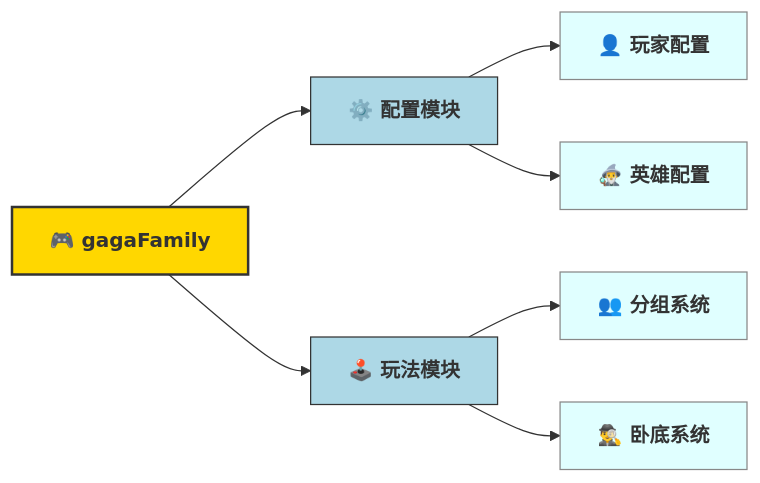
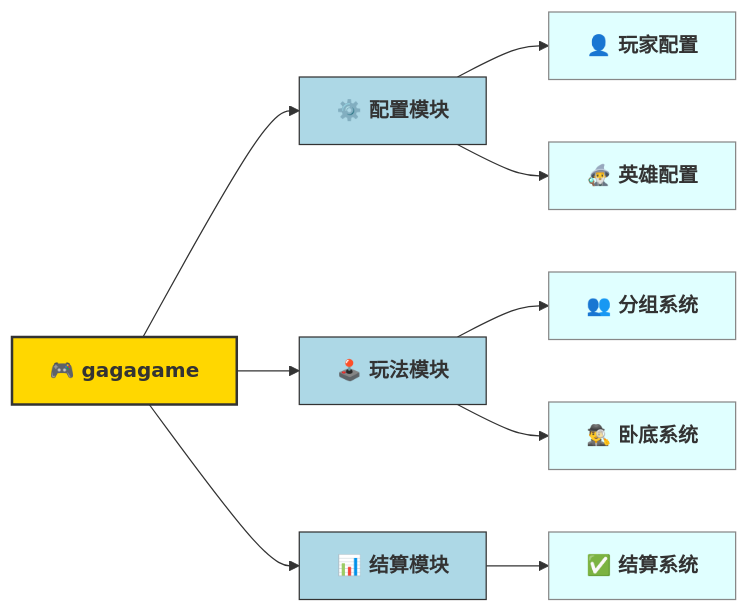
One commit to dawa1da/gagaFamily changed the diagram in README.md. Above: the diagram before and after it, drawn with Mermaid.

Commit message:
update user configurations with new weights and disabled players, adjust group logic for enabled user validation, refine README with mermaid graph, and minor gameplay enhancements

````diff
--- a/README.md
+++ b/README.md
@@ -21,30 +21,35 @@
 ```mermaid
 graph LR
   %% 样式设定
   classDef root fill:#FFD700,stroke:#333,stroke-width:2px,font-weight:bold
   classDef module fill:#ADD8E6,stroke:#333,stroke-width:1px
   classDef submodule fill:#E0FFFF,stroke:#888,stroke-width:1px
 
   %% 主模块
-  gagaFamily[🎮 gagaFamily]:::root
+  gagagame[🎮 gagagame]:::root
 
   %% 一级模块
   配置模块[⚙️ 配置模块]:::module
   玩法模块[🕹️ 玩法模块]:::module
+  结算模块[📊 结算模块]:::module
 
   %% 二级模块
   玩家配置[👤 玩家配置]:::submodule
   英雄配置[🧙‍♂️ 英雄配置]:::submodule
   分组系统[👥 分组系统]:::submodule
   卧底系统[🕵️‍♂️ 卧底系统]:::submodule
+  结算系统[✅ 结算系统]:::submodule
 
   %% 连接关系
-  gagaFamily --> 配置模块
-  gagaFamily --> 玩法模块
+  gagagame --> 配置模块
+  gagagame --> 玩法模块
+  gagagame --> 结算模块
 
   配置模块 --> 玩家配置
   配置模块 --> 英雄配置
 
   玩法模块 --> 分组系统
   玩法模块 --> 卧底系统
+
+  结算模块 --> 结算系统
 ```
````
